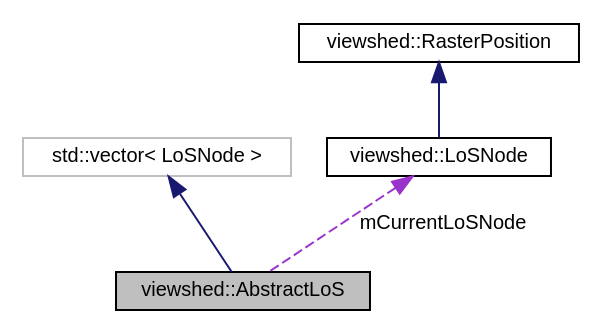
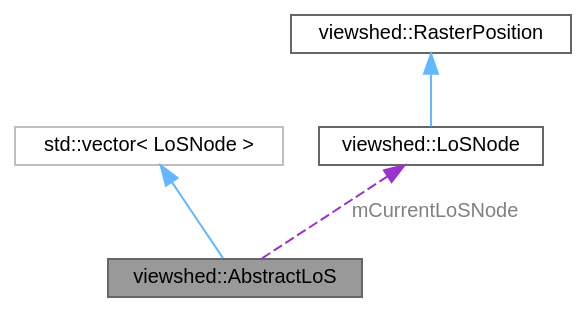
The diagram in classviewshed_1_1AbstractLoS__coll__graph.dot (JanCaha/cpp-viewshed-library), drawn with Graphviz before and after one commit. The commit also changed 320 other files, not shown here.

```diff
--- a/classviewshed_1_1AbstractLoS__coll__graph.dot
+++ b/classviewshed_1_1AbstractLoS__coll__graph.dot
@@ -1,13 +1,14 @@
 digraph "viewshed::AbstractLoS"
 {
  // LATEX_PDF_SIZE
-  edge [fontname="Helvetica",fontsize="10",labelfontname="Helvetica",labelfontsize="10"];
-  node [fontname="Helvetica",fontsize="10",shape=record];
-  Node1 [label="viewshed::AbstractLoS",height=0.2,width=0.4,color="black", fillcolor="grey75", style="filled", fontcolor="black",tooltip="Abstract class that represent line-of-sight (LoS). Consists of LoSNodes, view point and target point ..."];
-  Node2 -> Node1 [dir="back",color="midnightblue",fontsize="10",style="solid",fontname="Helvetica"];
-  Node2 [label="std::vector\< LoSNode \>",height=0.2,width=0.4,color="grey75", fillcolor="white", style="filled",tooltip=" "];
-  Node3 -> Node1 [dir="back",color="darkorchid3",fontsize="10",style="dashed",label=" mCurrentLoSNode" ,fontname="Helvetica"];
-  Node3 [label="viewshed::LoSNode",height=0.2,width=0.4,color="black", fillcolor="white", style="filled",URL="$classviewshed_1_1LoSNode.html",tooltip="Representation of single cell that creates a point on LoS."];
-  Node4 -> Node3 [dir="back",color="midnightblue",fontsize="10",style="solid",fontname="Helvetica"];
-  Node4 [label="viewshed::RasterPosition",height=0.2,width=0.4,color="black", fillcolor="white", style="filled",URL="$classviewshed_1_1RasterPosition.html",tooltip="Class to represent position on raster in term of row and column."];
+  bgcolor="transparent";
+  edge [fontname=Helvetica,fontsize=10,labelfontname=Helvetica,labelfontsize=10];
+  node [fontname=Helvetica,fontsize=10,shape=box,height=0.2,width=0.4];
+  Node1 [id="Node000001",label="viewshed::AbstractLoS",height=0.2,width=0.4,color="gray40", fillcolor="grey60", style="filled", fontcolor="black",tooltip="Abstract class that represent line-of-sight (LoS). Consists of LoSNodes, view point and target point ..."];
+  Node2 -> Node1 [id="edge1_Node000001_Node000002",dir="back",color="steelblue1",style="solid",tooltip=" "];
+  Node2 [id="Node000002",label="std::vector\< LoSNode \>",height=0.2,width=0.4,color="grey75", fillcolor="white", style="filled",tooltip=" "];
+  Node3 -> Node1 [id="edge2_Node000001_Node000003",dir="back",color="darkorchid3",style="dashed",tooltip=" ",label=" mCurrentLoSNode",fontcolor="grey" ];
+  Node3 [id="Node000003",label="viewshed::LoSNode",height=0.2,width=0.4,color="gray40", fillcolor="white", style="filled",URL="$classviewshed_1_1LoSNode.html",tooltip="Representation of single cell that creates a point on LoS."];
+  Node4 -> Node3 [id="edge3_Node000003_Node000004",dir="back",color="steelblue1",style="solid",tooltip=" "];
+  Node4 [id="Node000004",label="viewshed::RasterPosition",height=0.2,width=0.4,color="gray40", fillcolor="white", style="filled",URL="$classviewshed_1_1RasterPosition.html",tooltip="Class to represent position on raster in term of row and column."];
 }
```
